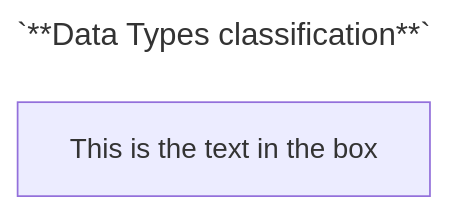
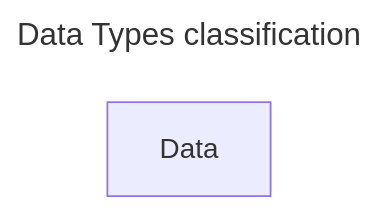
The diagram in Notes/OSSU/Core CS/Core Programming/Systemactic Program design/HtDD.md (ssahu200122/Obsidian-vault), drawn with Mermaid before and after one commit.

Commit message:
vault backup: 2025-03-06 22:15:31

````diff
--- a/Notes/OSSU/Core CS/Core Programming/Systemactic Program design/HtDD.md
+++ b/Notes/OSSU/Core CS/Core Programming/Systemactic Program design/HtDD.md
@@ -164,8 +164,8 @@
 ```mermaid
 ---
-title: "`**Data Types classification**`"
+title: Data Types classification
 ---
-flowchart LR
-    id1[This is the text in the box]
+flowchart TB
+    Data[Data]
 
 ```
````
